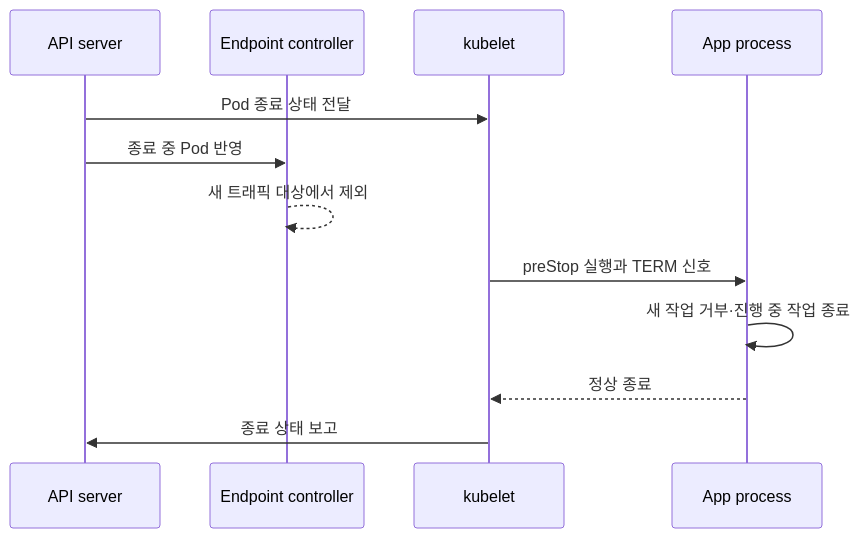
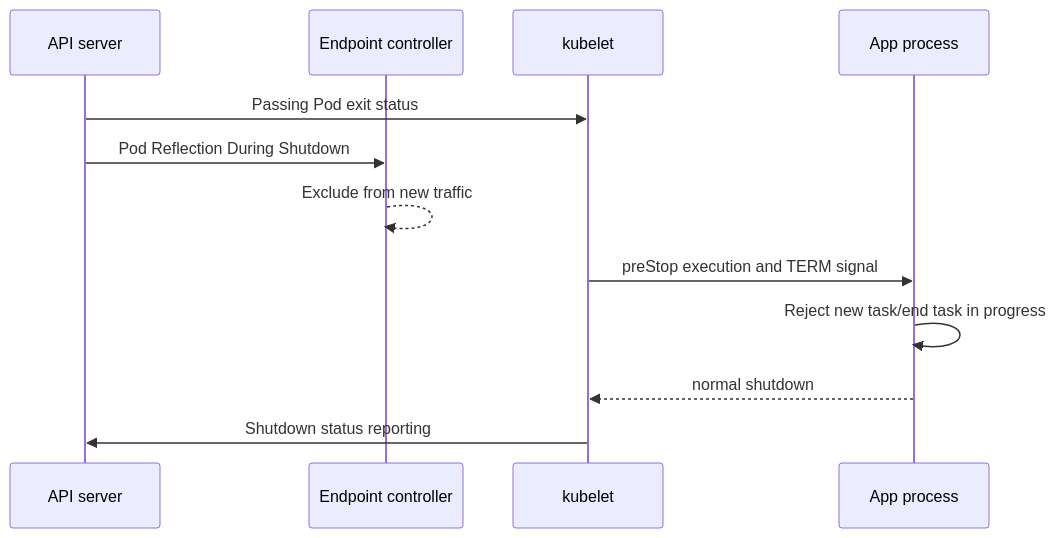
One commit to nohdol97/nohdol-study changed the second of 3 diagrams in docs-site/content/kubernetes/04-pods-and-workloads.md. Above: the diagram before and after it, drawn with Mermaid. The commit also changed other lines of this file and 116 other files, not shown here.

````diff
--- a/docs-site/content/kubernetes/04-pods-and-workloads.md
+++ b/docs-site/content/kubernetes/04-pods-and-workloads.md
@@ -38,14 +38,14 @@
 ```mermaid
 sequenceDiagram
     participant A as API server
     participant E as Endpoint controller
     participant K as kubelet
     participant P as App process
-    A->>K: Pod 종료 상태 전달
-    A->>E: 종료 중 Pod 반영
-    E-->>E: 새 트래픽 대상에서 제외
-    K->>P: preStop 실행과 TERM 신호
-    P->>P: 새 작업 거부·진행 중 작업 종료
-    P-->>K: 정상 종료
-    K->>A: 종료 상태 보고
+    A->>K: Passing Pod exit status
+    A->>E: Pod Reflection During Shutdown
+    E-->>E: Exclude from new traffic
+    K->>P: preStop execution and TERM signal
+    P->>P: Reject new task/end task in progress
+    P-->>K: normal shutdown
+    K->>A: Shutdown status reporting
 ```
````
